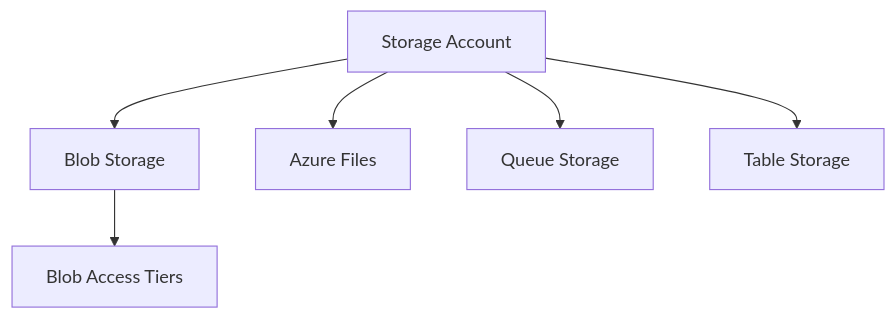
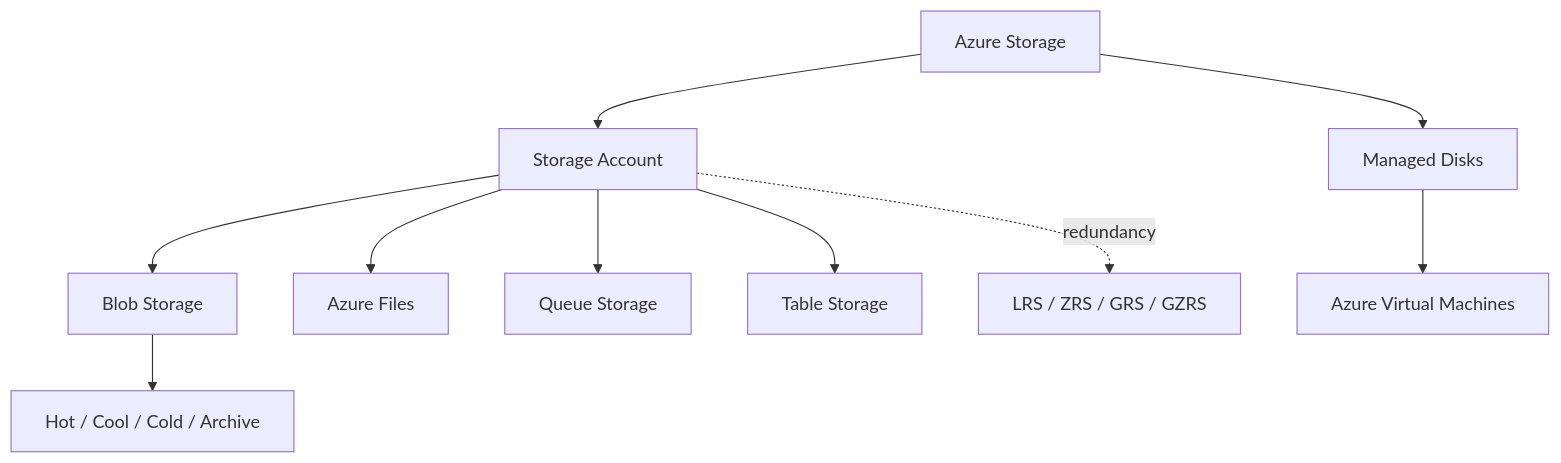
The diagram in diagrams/azure-storage-services.md (zhyordanova/azure-fundamentals-handbook), drawn with Mermaid before and after one commit. The commit also changed 12 other files, not shown here.

````diff
--- a/diagrams/azure-storage-services.md
+++ b/diagrams/azure-storage-services.md
@@ -3,15 +3,18 @@
 ```mermaid
 flowchart TD
+    A["Azure Storage"]
 
-    SA["Storage Account"]
+    A --> SA["Storage Account"]
+    A --> MD["Managed Disks"]
 
     SA --> B["Blob Storage"]
-
     SA --> F["Azure Files"]
-
     SA --> Q["Queue Storage"]
-
     SA --> T["Table Storage"]
 
-    B --> BT["Blob Access Tiers"]
+    B --> BT["Hot / Cool / Cold / Archive"]
+
+    SA -. "redundancy" .-> R["LRS / ZRS / GRS / GZRS"]
+
+    MD --> VM["Azure Virtual Machines"]
 ```
````
